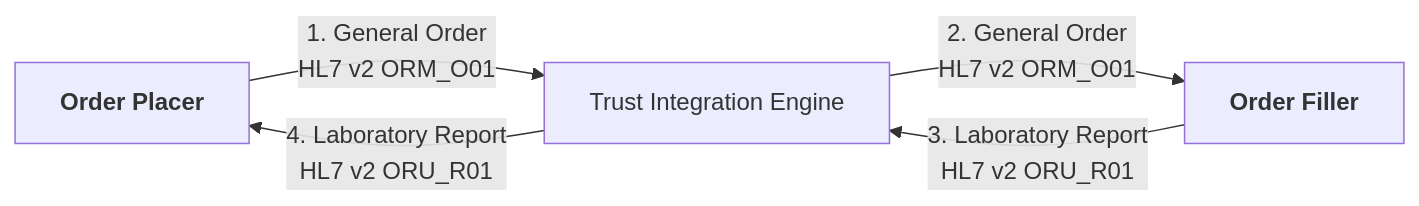
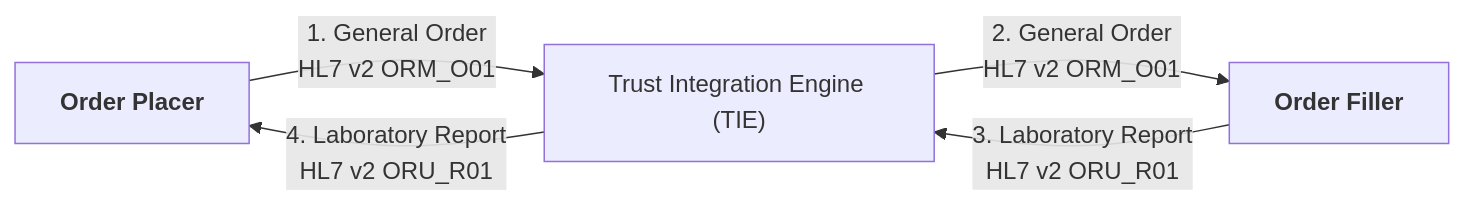
Before and after one commit to uk-gov-mirror/nw-gmsa.nw-gmsa.github.com: the second of 5 diagrams in input/pagecontent/index.md, drawn with Mermaid. The commit also changed other lines of this file, not shown here.

````diff
--- a/input/pagecontent/index.md
+++ b/input/pagecontent/index.md
@@ -30,8 +30,8 @@
 ```mermaid
 graph LR
 
-    OrderPlacer[<b>Order Placer</b>] --> |1. General Order<br/>HL7 v2 ORM_O01| TIE[Trust Integration Engine]
+    OrderPlacer[<b>Order Placer</b>] --> |1. General Order<br/>HL7 v2 ORM_O01| TIE["Trust Integration Engine (TIE)"]
     TIE --> |2. General Order<br/>HL7 v2 ORM_O01| OrderFiller
     OrderFiller[<b>Order Filler</b>] --> |3. Laboratory Report<br/>HL7 v2 ORU_R01| TIE
     TIE --> |4. Laboratory Report<br/>HL7 v2 ORU_R01| OrderPlacer  
 ```
````
